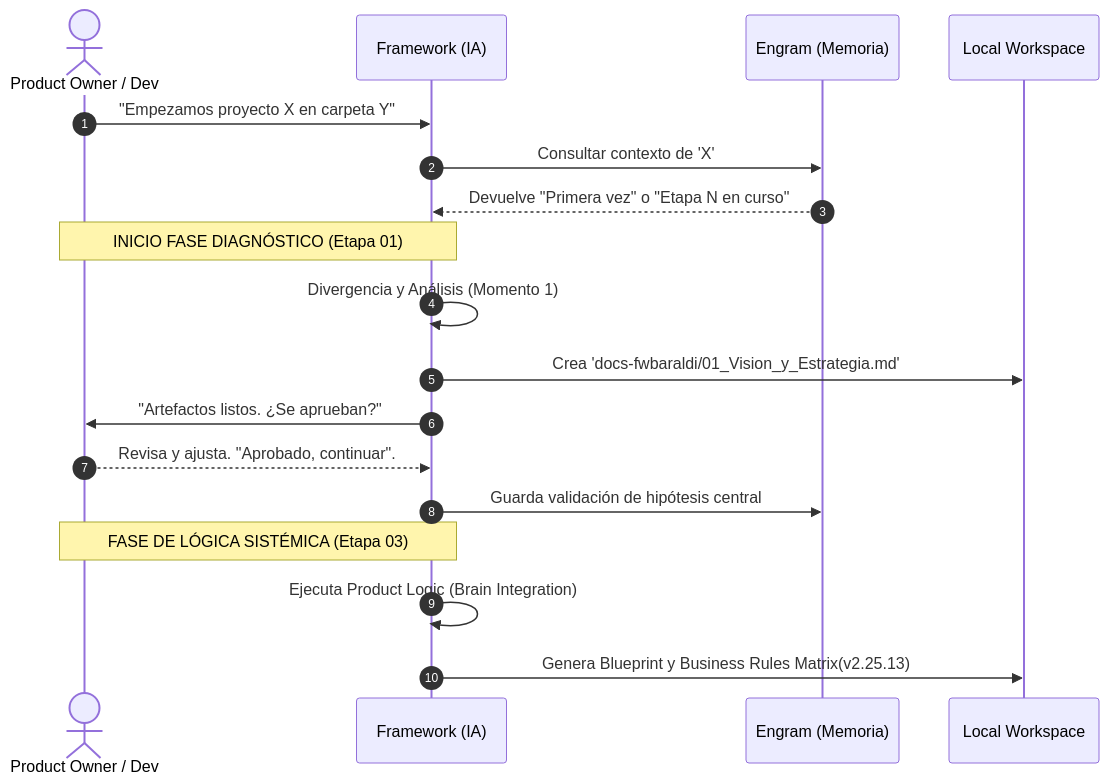
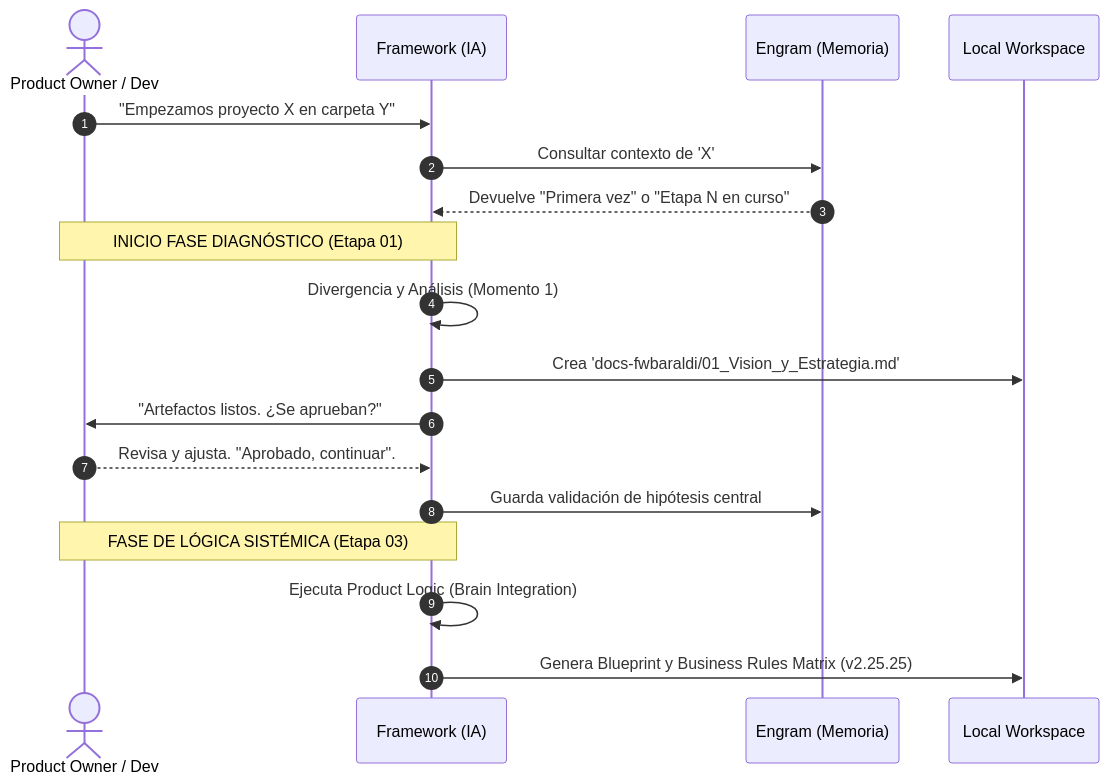
The second of 2 diagrams in ARQUITECTURA_CORE.md (leobaraldi96/fwbaraldi), drawn with Mermaid before and after one commit. The commit also changed other lines of this file and 9 other files, not shown here.

````diff
--- a/ARQUITECTURA_CORE.md
+++ b/ARQUITECTURA_CORE.md
@@ -79,26 +79,26 @@
 ```mermaid
 sequenceDiagram
     autonumber
     actor Humano as Product Owner / Dev
     participant IA as Framework (IA)
     participant E as Engram (Memoria)
     participant FS as Local Workspace
 
     Humano->>IA: "Empezamos proyecto X en carpeta Y"
     IA->>E: Consultar contexto de 'X'
     E-->>IA: Devuelve "Primera vez" o "Etapa N en curso"
     
     note over IA,Humano: INICIO FASE DIAGNÓSTICO (Etapa 01)
     IA->>IA: Divergencia y Análisis (Momento 1)
     
     IA->>FS: Crea 'docs-fwbaraldi/01_Vision_y_Estrategia.md'
     IA->>Humano: "Artefactos listos. ¿Se aprueban?"
     
     Humano-->>IA: Revisa y ajusta. "Aprobado, continuar".
     
     IA->>E: Guarda validación de hipótesis central
     
     note over IA,Humano: FASE DE LÓGICA SISTÉMICA (Etapa 03)
     IA->>IA: Ejecuta Product Logic (Brain Integration)
-    IA->>FS: Genera Blueprint y Business Rules Matrix(v2.25.13)
+    IA->>FS: Genera Blueprint y Business Rules Matrix (v2.25.25)
 ```
````
